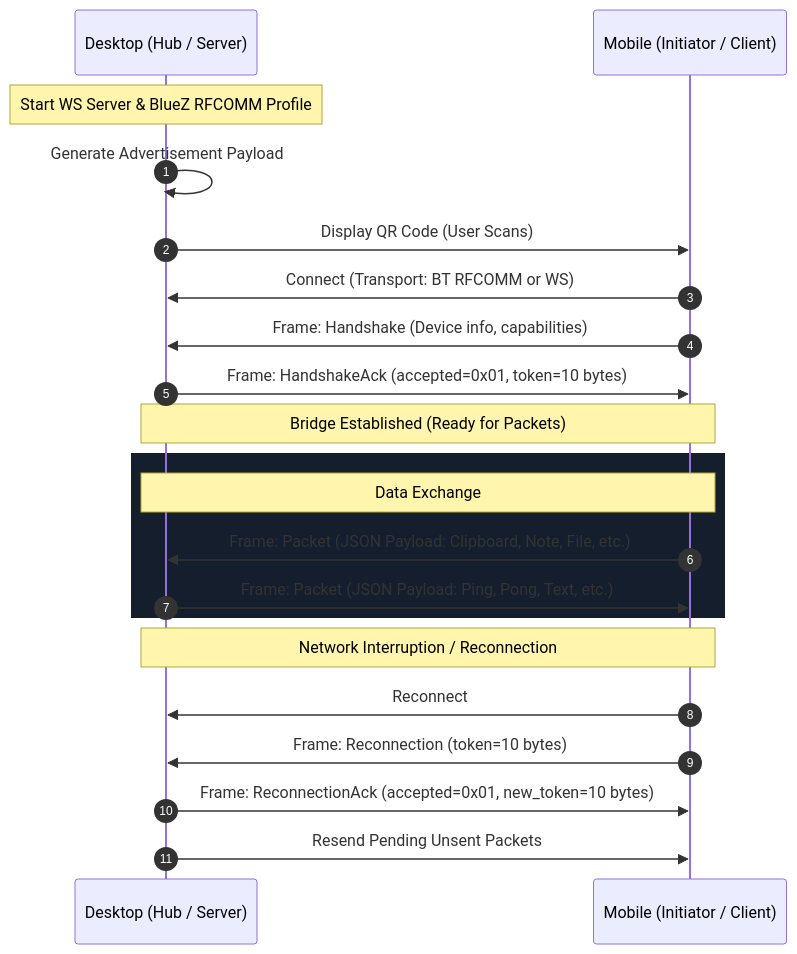
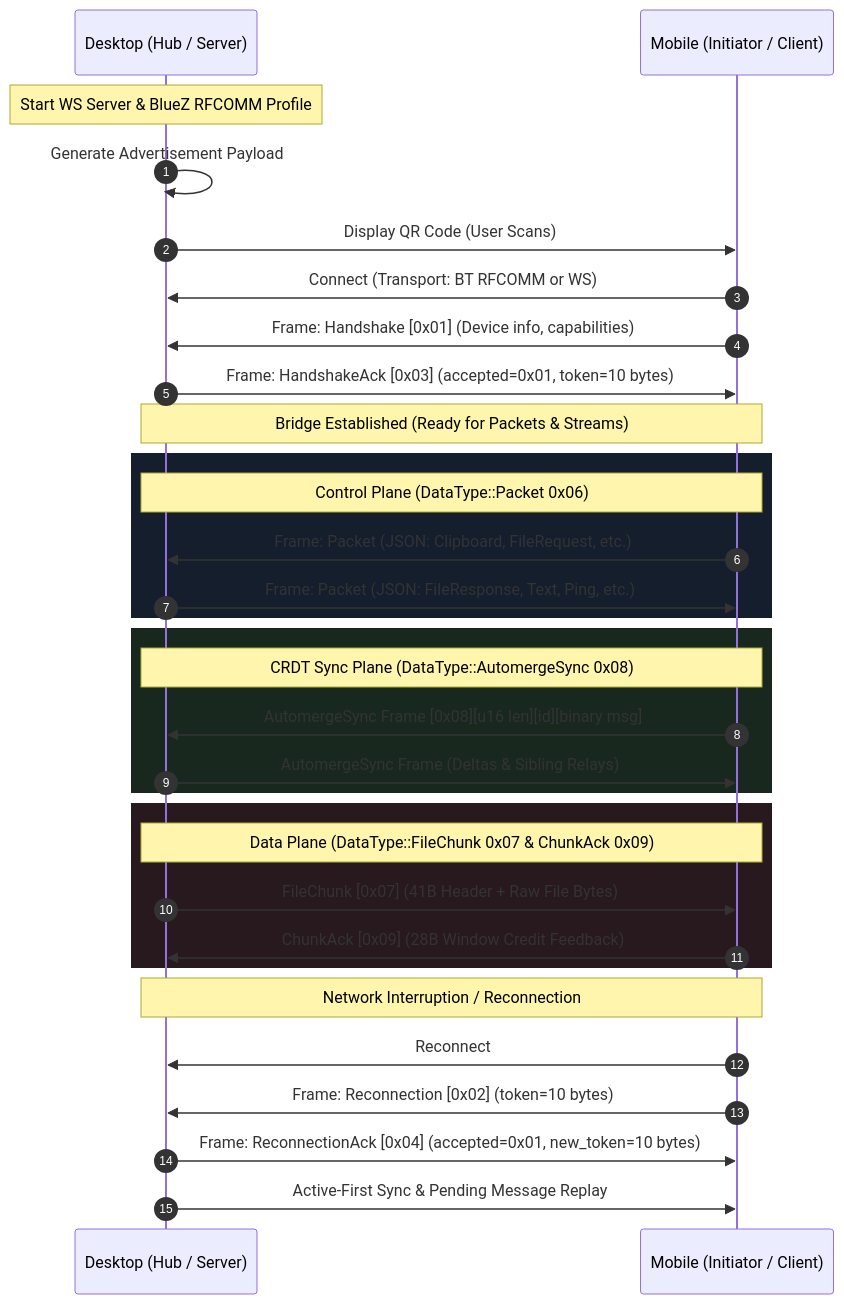
The diagram in docs/bridge-protocol.md (franckKyete/tools-desktop-tauri), drawn with Mermaid before and after one commit. The commit also changed other lines of this file and 120 other files, not shown here.

First line of the commit message:
feat(planning): complete Phase 1 Core Trio architectural decisions and documentation

````diff
--- a/docs/bridge-protocol.md
+++ b/docs/bridge-protocol.md
@@ -9,27 +9,39 @@
 ```mermaid
 sequenceDiagram
     autonumber
     participant Desktop as Desktop (Hub / Server)
     participant Mobile as Mobile (Initiator / Client)
 
     Note over Desktop: Start WS Server & BlueZ RFCOMM Profile
     Desktop->>Desktop: Generate Advertisement Payload
     Desktop->>Mobile: Display QR Code (User Scans)
     
     Mobile->>Desktop: Connect (Transport: BT RFCOMM or WS)
-    Mobile->>Desktop: Frame: Handshake (Device info, capabilities)
-    Desktop->>Mobile: Frame: HandshakeAck (accepted=0x01, token=10 bytes)
-    Note over Desktop,Mobile: Bridge Established (Ready for Packets)
+    Mobile->>Desktop: Frame: Handshake [0x01] (Device info, capabilities)
+    Desktop->>Mobile: Frame: HandshakeAck [0x03] (accepted=0x01, token=10 bytes)
+    Note over Desktop,Mobile: Bridge Established (Ready for Packets & Streams)
 
     rect rgb(20, 30, 45)
-    Note over Desktop,Mobile: Data Exchange
-    Mobile->>Desktop: Frame: Packet (JSON Payload: Clipboard, Note, File, etc.)
-    Desktop->>Mobile: Frame: Packet (JSON Payload: Ping, Pong, Text, etc.)
+    Note over Desktop,Mobile: Control Plane (DataType::Packet 0x06)
+    Mobile->>Desktop: Frame: Packet (JSON: Clipboard, FileRequest, etc.)
+    Desktop->>Mobile: Frame: Packet (JSON: FileResponse, Text, Ping, etc.)
+    end
+
+    rect rgb(25, 40, 30)
+    Note over Desktop,Mobile: CRDT Sync Plane (DataType::AutomergeSync 0x08)
+    Mobile->>Desktop: AutomergeSync Frame [0x08][u16 len][id][binary msg]
+    Desktop->>Mobile: AutomergeSync Frame (Deltas & Sibling Relays)
+    end
+
+    rect rgb(40, 25, 30)
+    Note over Desktop,Mobile: Data Plane (DataType::FileChunk 0x07 & ChunkAck 0x09)
+    Desktop->>Mobile: FileChunk [0x07] (41B Header + Raw File Bytes)
+    Mobile->>Desktop: ChunkAck [0x09] (28B Window Credit Feedback)
     end
 
     Note over Desktop,Mobile: Network Interruption / Reconnection
     Mobile->>Desktop: Reconnect
-    Mobile->>Desktop: Frame: Reconnection (token=10 bytes)
-    Desktop->>Mobile: Frame: ReconnectionAck (accepted=0x01, new_token=10 bytes)
-    Desktop->>Mobile: Resend Pending Unsent Packets
+    Mobile->>Desktop: Frame: Reconnection [0x02] (token=10 bytes)
+    Desktop->>Mobile: Frame: ReconnectionAck [0x04] (accepted=0x01, new_token=10 bytes)
+    Desktop->>Mobile: Active-First Sync & Pending Message Replay
 ```
````
